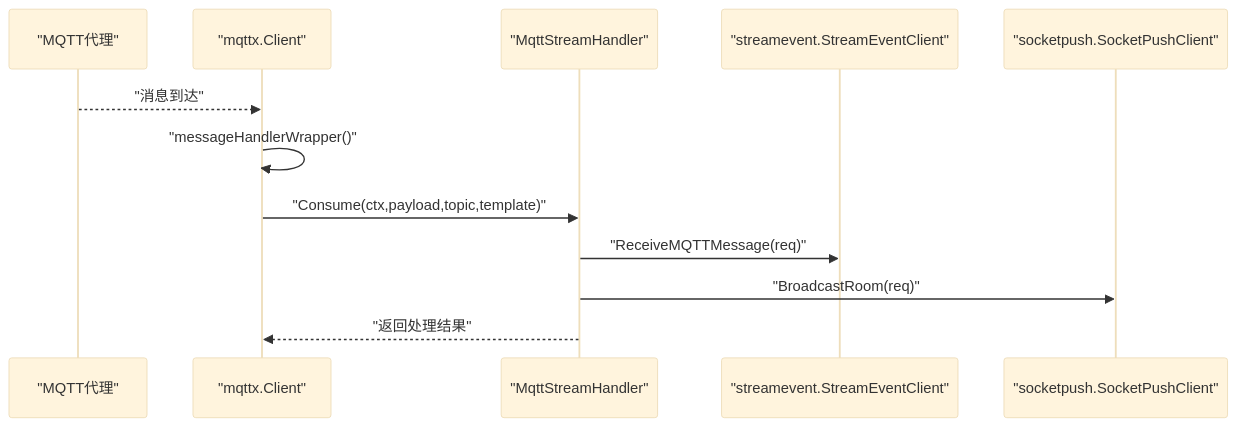
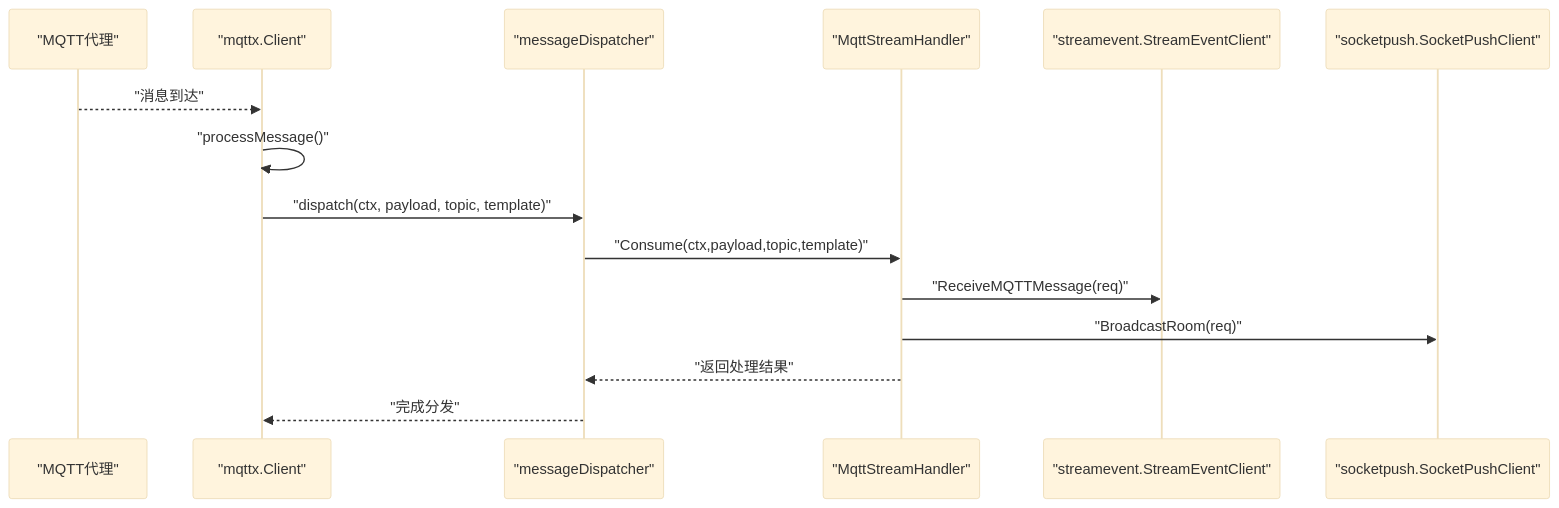
One commit to maomao94/zero-service changed the second of 6 diagrams in .qoder/repowiki/zh/content/公共组件库/协议处理组件/MQTT协议处理组件.md. Above: the diagram before and after it, drawn with Mermaid (base theme). The commit also changed other lines of this file and 59 other files, not shown here.

````diff
--- a/.qoder/repowiki/zh/content/公共组件库/协议处理组件/MQTT协议处理组件.md
+++ b/.qoder/repowiki/zh/content/公共组件库/协议处理组件/MQTT协议处理组件.md
@@ -116,14 +135,17 @@
 ```mermaid
 sequenceDiagram
 participant Broker as "MQTT代理"
 participant Client as "mqttx.Client"
+participant Dispatcher as "messageDispatcher"
 participant Handler as "MqttStreamHandler"
 participant Stream as "streamevent.StreamEventClient"
 participant Socket as "socketpush.SocketPushClient"
 Broker-->>Client : "消息到达"
-Client->>Client : "messageHandlerWrapper()"
-Client->>Handler : "Consume(ctx,payload,topic,template)"
+Client->>Client : "processMessage()"
+Client->>Dispatcher : "dispatch(ctx, payload, topic, template)"
+Dispatcher->>Handler : "Consume(ctx,payload,topic,template)"
 Handler->>Stream : "ReceiveMQTTMessage(req)"
 Handler->>Socket : "BroadcastRoom(req)"
-Handler-->>Client : "返回处理结果"
+Handler-->>Dispatcher : "返回处理结果"
+Dispatcher-->>Client : "完成分发"
 ```
````
